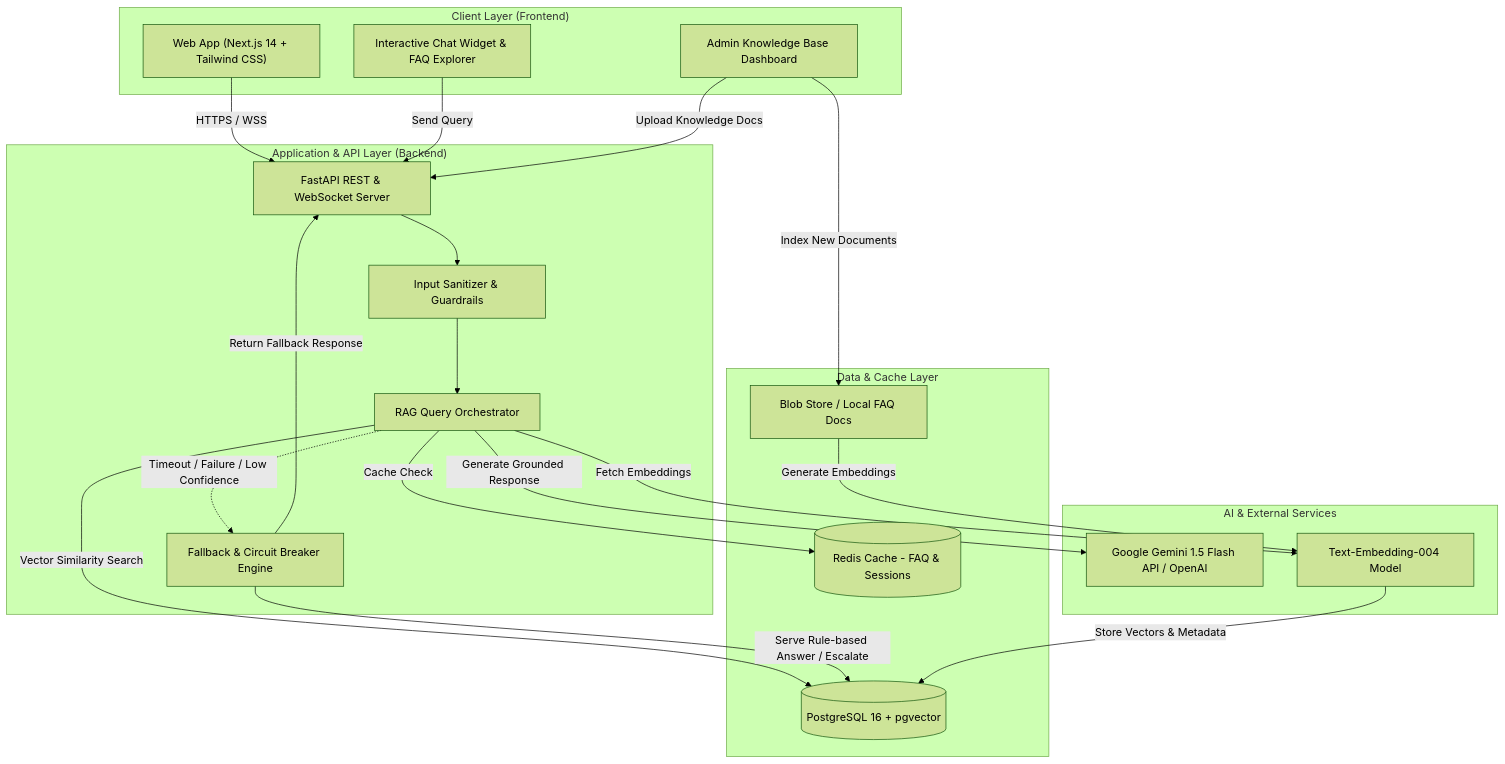
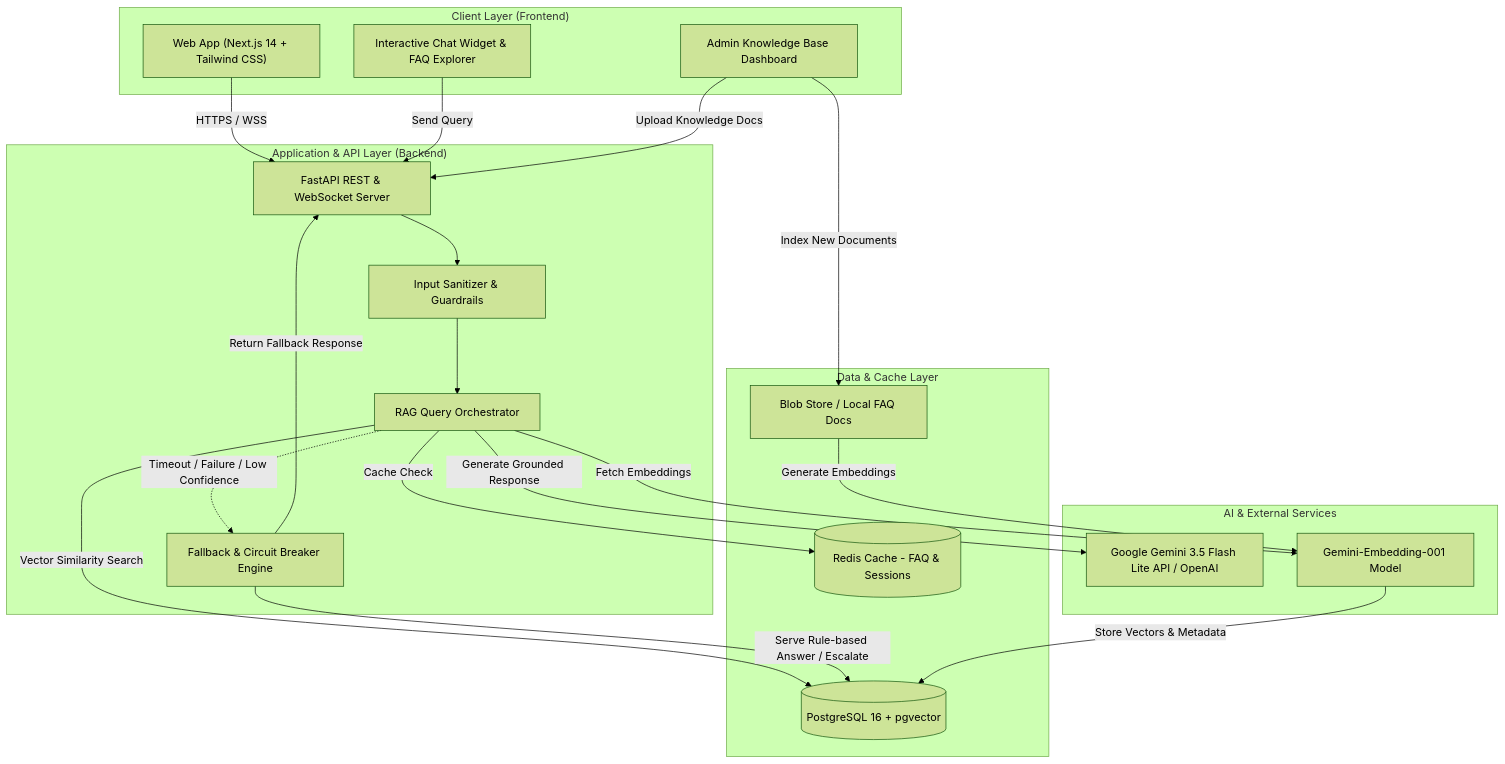
The diagram in PROPOSAL.md (BapVitHoang/smartdesk-ai), drawn with Mermaid (forest theme) before and after one commit. The commit also changed other lines of this file and 14 other files, not shown here.

````diff
--- a/PROPOSAL.md
+++ b/PROPOSAL.md
@@ -122,46 +122,46 @@
 ```mermaid
 graph TD
     subgraph Client_Layer ["Client Layer (Frontend)"]
         UI["Web App (Next.js 14 + Tailwind CSS)"]
         Widget["Interactive Chat Widget & FAQ Explorer"]
         AdminUI["Admin Knowledge Base Dashboard"]
     end
 
     subgraph API_Gateway ["Application & API Layer (Backend)"]
         API["FastAPI REST & WebSocket Server"]
         Guardrails["Input Sanitizer & Guardrails"]
         Orchestrator["RAG Query Orchestrator"]
         FallbackRouter["Fallback & Circuit Breaker Engine"]
     end
 
     subgraph Data_Storage ["Data & Cache Layer"]
         DB[(PostgreSQL 16 + pgvector)]
         Redis[(Redis Cache - FAQ & Sessions)]
         DocStore["Blob Store / Local FAQ Docs"]
     end
 
     subgraph AI_Services ["AI & External Services"]
-        LLM["Google Gemini 1.5 Flash API / OpenAI"]
-        Embedder["Text-Embedding-004 Model"]
+        LLM["Google Gemini 3.5 Flash Lite API / OpenAI"]
+        Embedder["Gemini-Embedding-001 Model"]
     end
 
     UI -->|HTTPS / WSS| API
     Widget -->|Send Query| API
     AdminUI -->|Upload Knowledge Docs| API
 
     API --> Guardrails
     Guardrails --> Orchestrator
     
     Orchestrator -->|Cache Check| Redis
     Orchestrator -->|Vector Similarity Search| DB
     Orchestrator -->|Fetch Embeddings| Embedder
     Orchestrator -->|Generate Grounded Response| LLM
     
     Orchestrator -.->|Timeout / Failure / Low Confidence| FallbackRouter
     FallbackRouter -->|Serve Rule-based Answer / Escalate| DB
     FallbackRouter -->|Return Fallback Response| API
 
     AdminUI -->|Index New Documents| DocStore
     DocStore -->|Generate Embeddings| Embedder
     Embedder -->|Store Vectors & Metadata| DB
 ```
````
